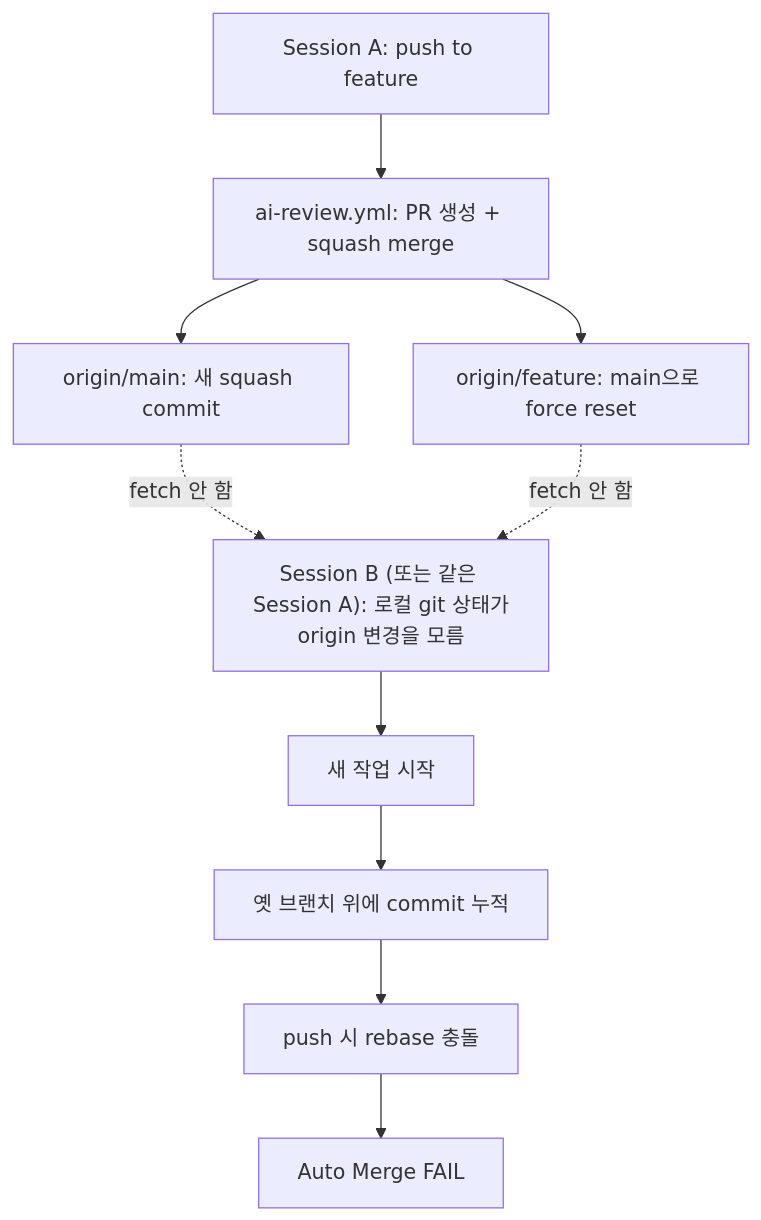
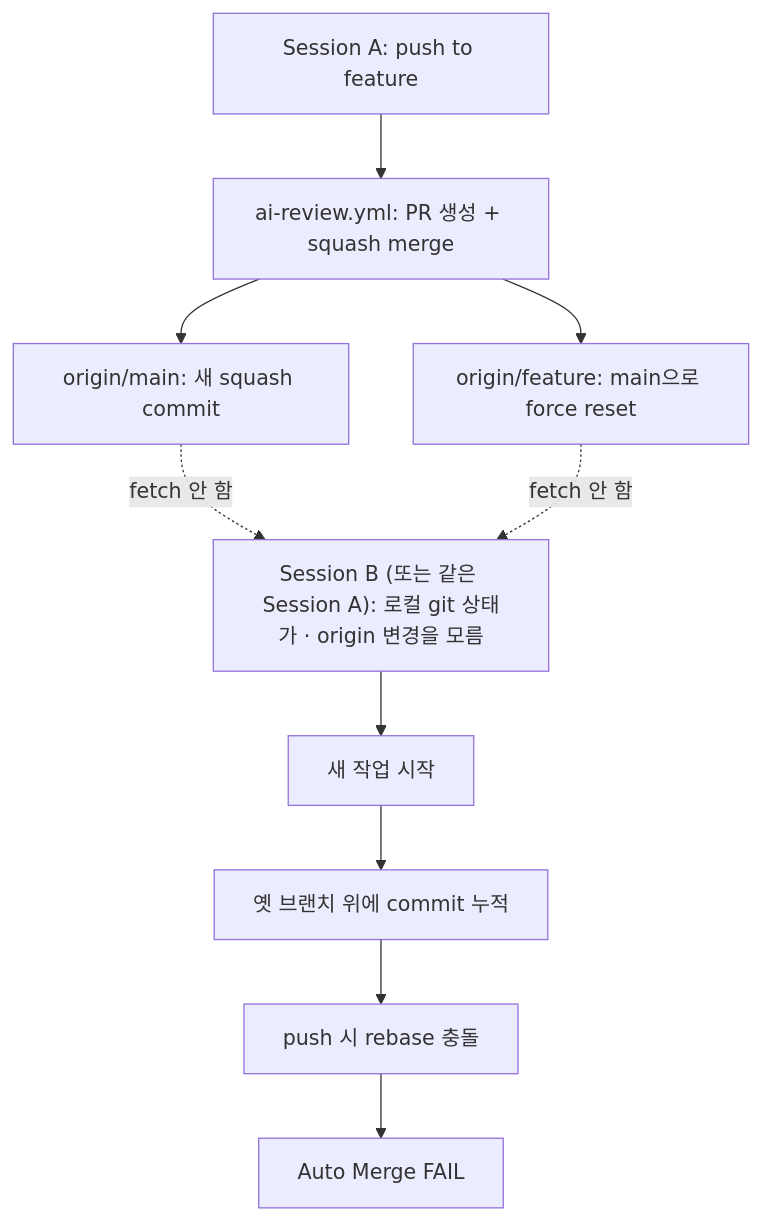
One commit to Mino777/ai-study changed the diagram in content/harness-engineering/harness-journal-003-squash-merge-trap-pattern.mdx. Above: the diagram before and after it, drawn with Mermaid. The commit also changed 16 other files, not shown here.

First line of the commit message:
fix: Mermaid <br/> 렌더링 에러 근본 해결 — auto-fix 승격 + 전체 MDX 일괄 치환

````diff
--- a/content/harness-engineering/harness-journal-003-squash-merge-trap-pattern.mdx
+++ b/content/harness-engineering/harness-journal-003-squash-merge-trap-pattern.mdx
@@ -139,18 +139,18 @@
 ```mermaid
 flowchart TD
   push["Session A: push to feature"]
   pr["ai-review.yml: PR 생성 + squash merge"]
   origin_change["origin/main: 새 squash commit"]
   origin_reset["origin/feature: main으로 force reset"]
-  local_unaware["Session B (또는 같은 Session A): 로컬 git 상태가<br/>origin 변경을 모름"]
+  local_unaware["Session B (또는 같은 Session A): 로컬 git 상태가 · origin 변경을 모름"]
   new_work["새 작업 시작"]
   wrong_branch["옛 브랜치 위에 commit 누적"]
   conflict["push 시 rebase 충돌"]
   fail["Auto Merge FAIL"]
 
   push --> pr --> origin_change
   pr --> origin_reset
   origin_change -. "fetch 안 함" .-> local_unaware
   origin_reset -. "fetch 안 함" .-> local_unaware
   local_unaware --> new_work --> wrong_branch --> conflict --> fail
 ```
````
